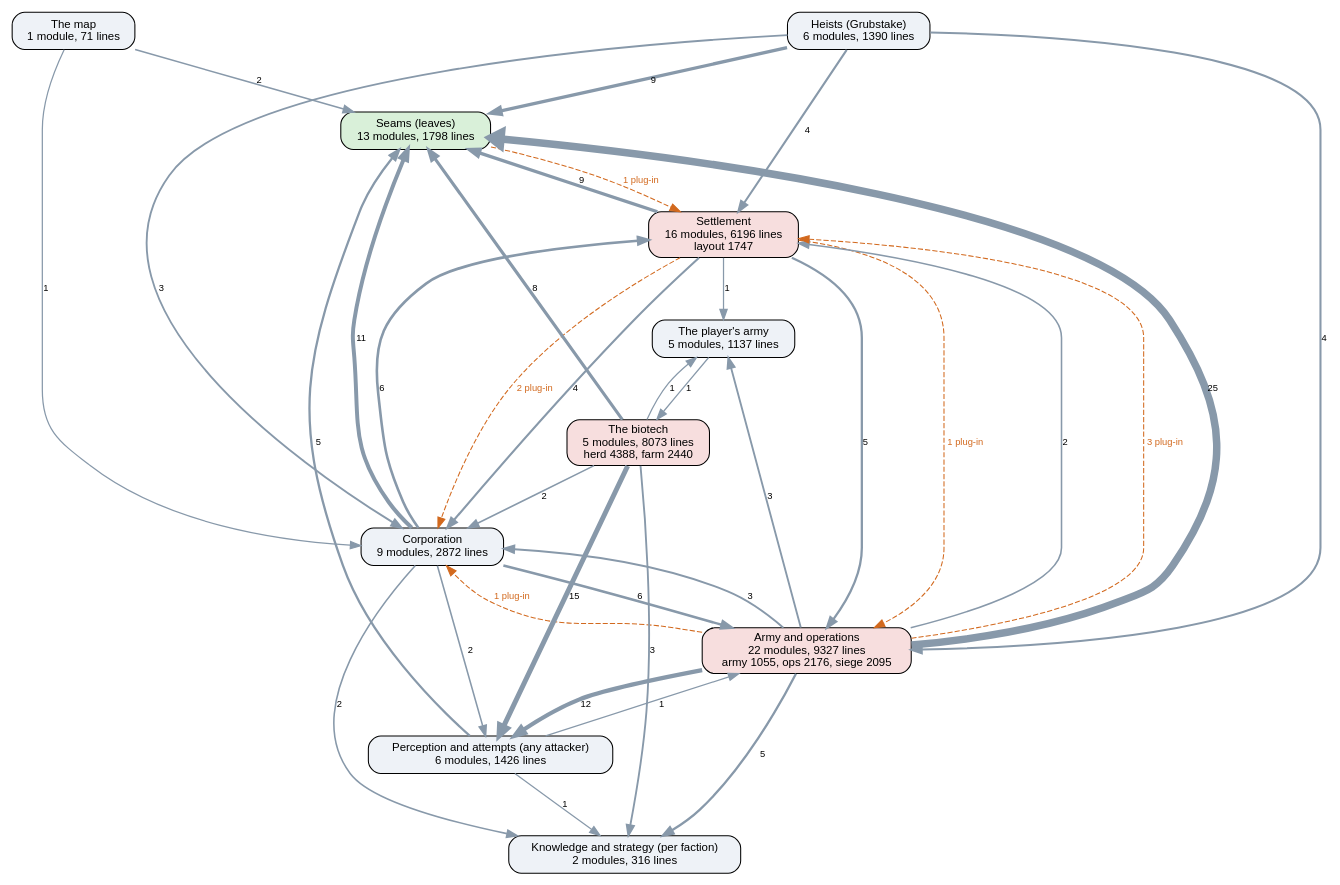
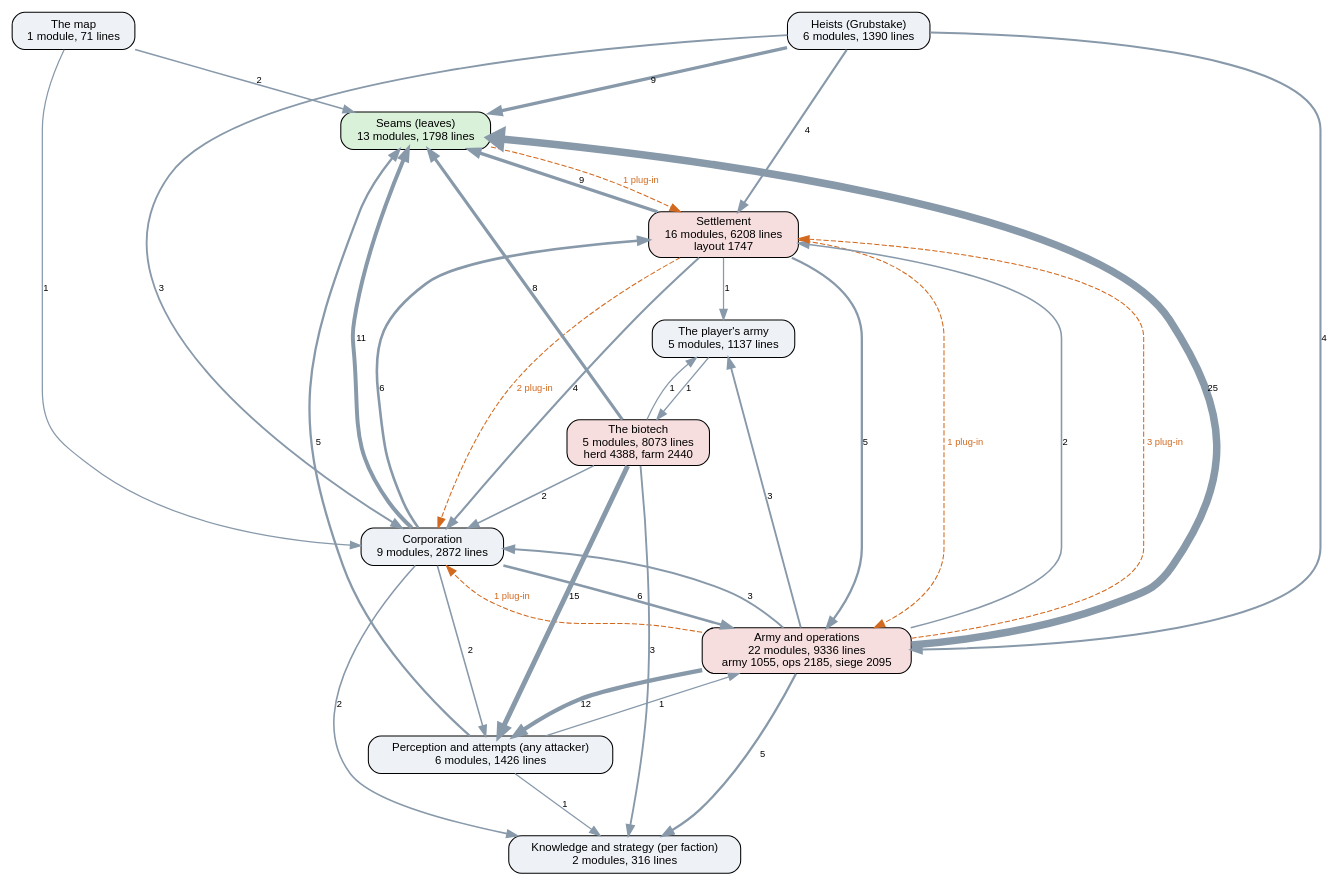
Before and after one commit to kinelhu/landing-party: the diagram in docs/ai-layers.dot, drawn with Graphviz. The commit also changed 12 other files, not shown here.

```diff
--- a/docs/ai-layers.dot
+++ b/docs/ai-layers.dot
@@ -1,50 +1,50 @@
 digraph layers {
   graph [rankdir=TB, fontname="Helvetica", nodesep=0.5, ranksep=0.7];
   node [shape=box, style="rounded,filled", fontname="Helvetica", fontsize=11, fillcolor="#eef2f7"];
   edge [color="#8899aa", fontname="Helvetica", fontsize=9];
   "Seams (leaves)" [label="Seams (leaves)\n13 modules, 1798 lines", fillcolor="#d9f0d9"];
   "Perception and attempts (any attacker)" [label="Perception and attempts (any attacker)\n6 modules, 1426 lines", fillcolor="#eef2f7"];
   "Knowledge and strategy (per faction)" [label="Knowledge and strategy (per faction)\n2 modules, 316 lines", fillcolor="#eef2f7"];
   "Corporation" [label="Corporation\n9 modules, 2872 lines", fillcolor="#eef2f7"];
-  "Settlement" [label="Settlement\n16 modules, 6196 lines\nlayout 1747", fillcolor="#f7dede"];
-  "Army and operations" [label="Army and operations\n22 modules, 9327 lines\narmy 1055, ops 2176, siege 2095", fillcolor="#f7dede"];
+  "Settlement" [label="Settlement\n16 modules, 6208 lines\nlayout 1747", fillcolor="#f7dede"];
+  "Army and operations" [label="Army and operations\n22 modules, 9336 lines\narmy 1055, ops 2185, siege 2095", fillcolor="#f7dede"];
   "Heists (Grubstake)" [label="Heists (Grubstake)\n6 modules, 1390 lines", fillcolor="#eef2f7"];
   "The biotech" [label="The biotech\n5 modules, 8073 lines\nherd 4388, farm 2440", fillcolor="#f7dede"];
   "The map" [label="The map\n1 module, 71 lines", fillcolor="#eef2f7"];
   "The player's army" [label="The player's army\n5 modules, 1137 lines", fillcolor="#eef2f7"];
   "Army and operations" -> "Corporation" [label="3", penwidth=1.8];
   "Army and operations" -> "Knowledge and strategy (per faction)" [label="5", penwidth=2.2];
   "Army and operations" -> "Perception and attempts (any attacker)" [label="12", penwidth=4.0];
   "Army and operations" -> "Seams (leaves)" [label="25", penwidth=7.2];
   "Army and operations" -> "Settlement" [label="2", penwidth=1.5];
   "Army and operations" -> "The player's army" [label="3", penwidth=1.8];
   "Corporation" -> "Army and operations" [label="6", penwidth=2.5];
   "Corporation" -> "Knowledge and strategy (per faction)" [label="2", penwidth=1.5];
   "Corporation" -> "Perception and attempts (any attacker)" [label="2", penwidth=1.5];
   "Corporation" -> "Seams (leaves)" [label="11", penwidth=3.8];
   "Corporation" -> "Settlement" [label="6", penwidth=2.5];
   "Heists (Grubstake)" -> "Army and operations" [label="4", penwidth=2.0];
   "Heists (Grubstake)" -> "Corporation" [label="3", penwidth=1.8];
   "Heists (Grubstake)" -> "Seams (leaves)" [label="9", penwidth=3.2];
   "Heists (Grubstake)" -> "Settlement" [label="4", penwidth=2.0];
   "Perception and attempts (any attacker)" -> "Army and operations" [label="1", penwidth=1.2];
   "Perception and attempts (any attacker)" -> "Knowledge and strategy (per faction)" [label="1", penwidth=1.2];
   "Perception and attempts (any attacker)" -> "Seams (leaves)" [label="5", penwidth=2.2];
   "Settlement" -> "Army and operations" [label="5", penwidth=2.2];
   "Settlement" -> "Corporation" [label="4", penwidth=2.0];
   "Settlement" -> "Seams (leaves)" [label="9", penwidth=3.2];
   "Settlement" -> "The player's army" [label="1", penwidth=1.2];
   "The biotech" -> "Corporation" [label="2", penwidth=1.5];
   "The biotech" -> "Knowledge and strategy (per faction)" [label="3", penwidth=1.8];
   "The biotech" -> "Perception and attempts (any attacker)" [label="15", penwidth=4.8];
   "The biotech" -> "Seams (leaves)" [label="8", penwidth=3.0];
   "The biotech" -> "The player's army" [label="1", penwidth=1.2];
   "The map" -> "Corporation" [label="1", penwidth=1.2];
   "The map" -> "Seams (leaves)" [label="2", penwidth=1.5];
   "The player's army" -> "The biotech" [label="1", penwidth=1.2];
   "Army and operations" -> "Corporation" [style=dashed, color="#d2691e", fontcolor="#d2691e", label="1 plug-in"];
   "Army and operations" -> "Settlement" [style=dashed, color="#d2691e", fontcolor="#d2691e", label="3 plug-in"];
   "Seams (leaves)" -> "Settlement" [style=dashed, color="#d2691e", fontcolor="#d2691e", label="1 plug-in"];
   "Settlement" -> "Army and operations" [style=dashed, color="#d2691e", fontcolor="#d2691e", label="1 plug-in"];
   "Settlement" -> "Corporation" [style=dashed, color="#d2691e", fontcolor="#d2691e", label="2 plug-in"];
 }
```
